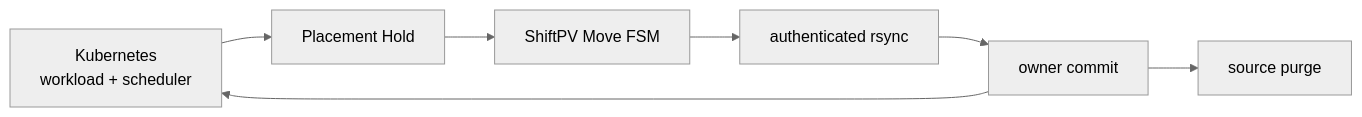
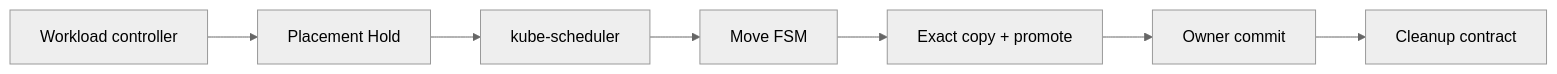
The first of 5 diagrams in docs/spec/volume-mobility.md (cagojeiger/ShiftPV), drawn with Mermaid (neutral theme) before and after one commit. The commit also changed other lines of this file and 166 other files, not shown here.

````diff
--- a/docs/spec/volume-mobility.md
+++ b/docs/spec/volume-mobility.md
@@ -8,9 +8,9 @@
 ```mermaid
 flowchart LR
-    K[Kubernetes<br/>workload + scheduler] --> P[Placement Hold]
-    P --> M[ShiftPV Move FSM]
-    M --> R[authenticated rsync]
-    R --> O[owner commit]
-    O --> K
-    O --> D[source purge]
+    W[Workload controller] --> H[Placement Hold]
+    H --> S[kube-scheduler]
+    S --> M[Move FSM]
+    M --> C[Exact copy + promote]
+    C --> O[Owner commit]
+    O --> G[Cleanup contract]
 ```
````
